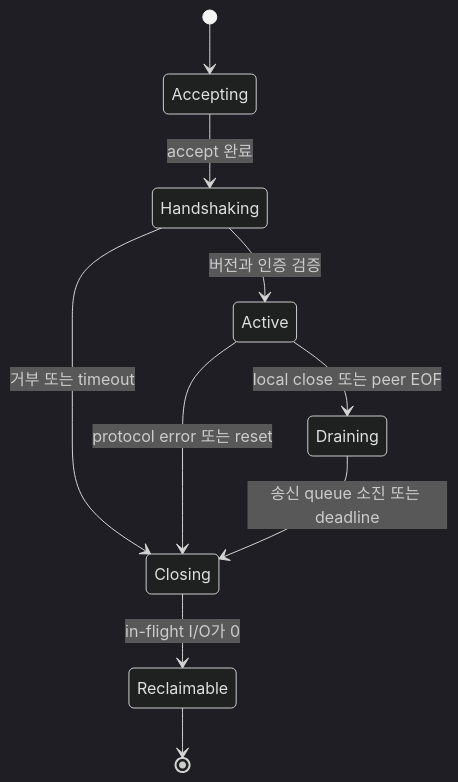
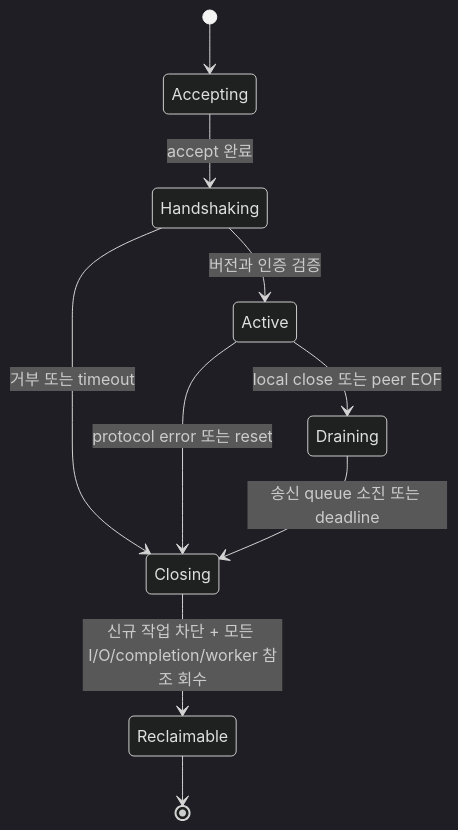
Before and after one commit to Rein-ArXiv/game-dev-curriculum: the second of 2 diagrams in network/part04_socket_server_runtime.md, drawn with Mermaid (dark theme). The commit also changed other lines of this file and 279 other files, not shown here.

````diff
--- a/network/part04_socket_server_runtime.md
+++ b/network/part04_socket_server_runtime.md
@@ -57,12 +57,12 @@
 ```mermaid
 stateDiagram-v2
     [*] --> Accepting
     Accepting --> Handshaking: accept 완료
     Handshaking --> Active: 버전과 인증 검증
     Handshaking --> Closing: 거부 또는 timeout
     Active --> Draining: local close 또는 peer EOF
     Active --> Closing: protocol error 또는 reset
     Draining --> Closing: 송신 queue 소진 또는 deadline
-    Closing --> Reclaimable: in-flight I/O가 0
+    Closing --> Reclaimable: 신규 작업 차단 + 모든 I/O/completion/worker 참조 회수
     Reclaimable --> [*]
 ```
````
